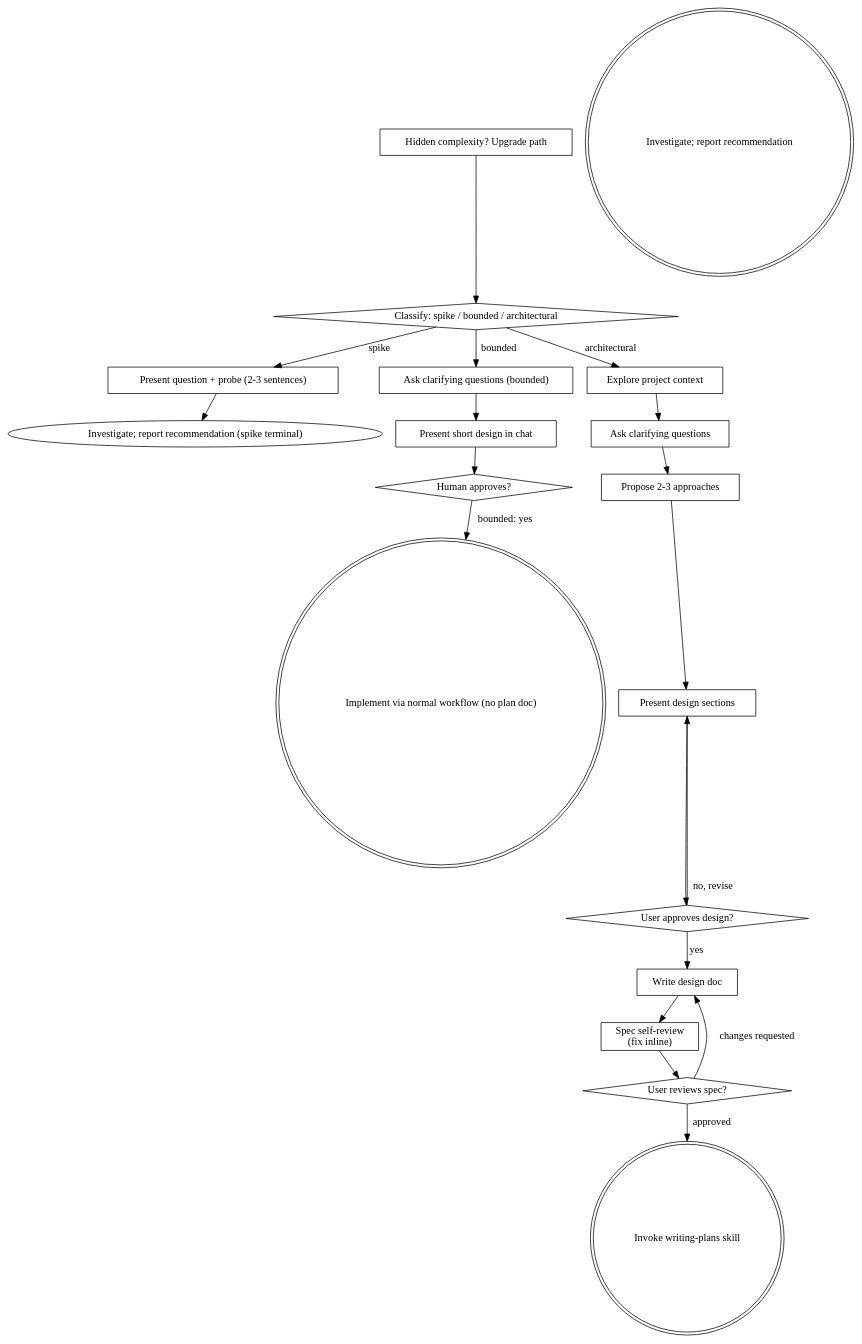
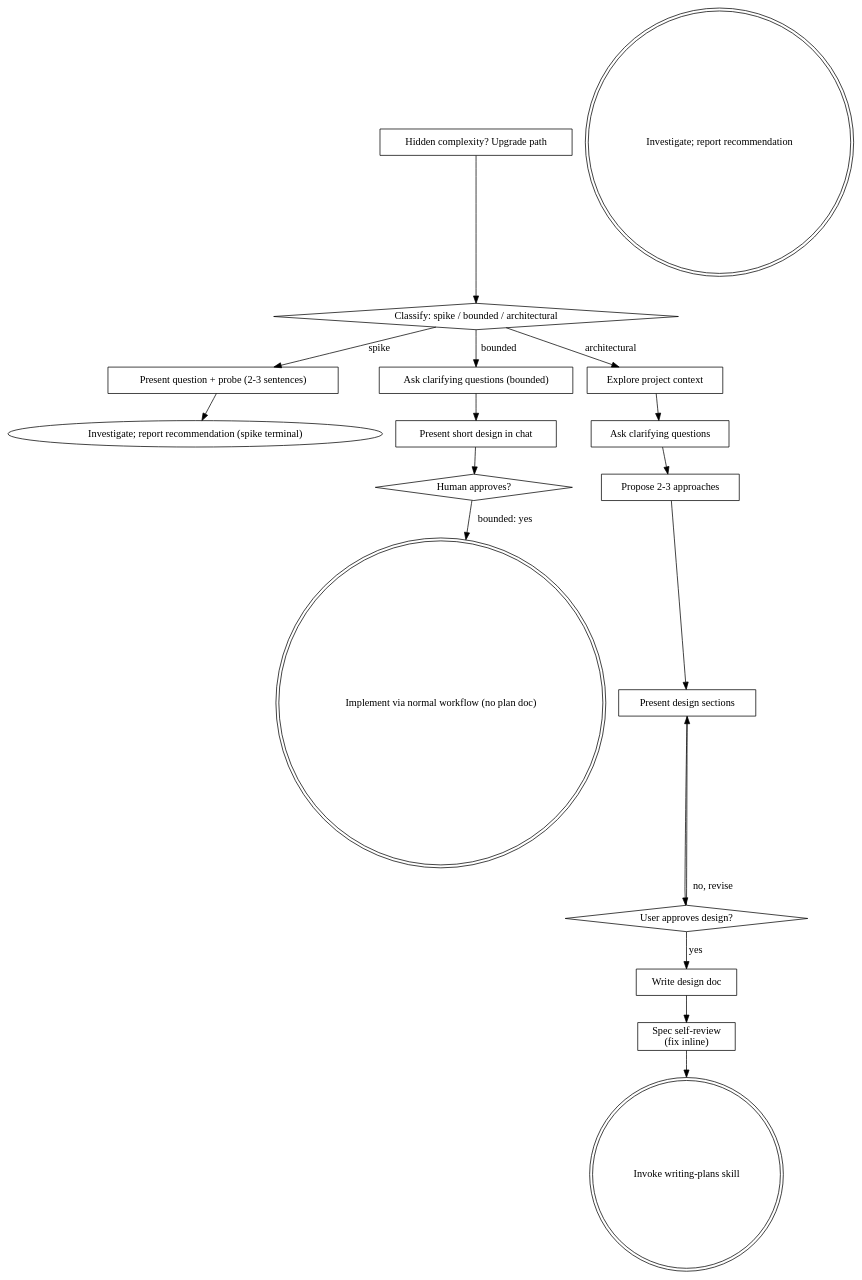
The diagram in skills/brainstorming/SKILL.md (CarlosMonteiroNeto/superpowers-two-model-pipeline), drawn with Graphviz before and after one commit. The commit also changed other lines of this file and 33 other files, not shown here.

````diff
--- a/skills/brainstorming/SKILL.md
+++ b/skills/brainstorming/SKILL.md
@@ -176,40 +183,37 @@
 ```dot
 digraph brainstorming {
     "Classify: spike / bounded / architectural" [shape=diamond];
     "Present question + probe (2-3 sentences)" [shape=box];
     "Ask clarifying questions (bounded)" [shape=box];
     "Present short design in chat" [shape=box];
     "Human approves?" [shape=diamond];
     "Investigate; report recommendation" [shape=doublecircle];
     "Implement via normal workflow (no plan doc)" [shape=doublecircle];
     "Explore project context" [shape=box];
     "Ask clarifying questions" [shape=box];
     "Propose 2-3 approaches" [shape=box];
     "Present design sections" [shape=box];
     "User approves design?" [shape=diamond];
     "Write design doc" [shape=box];
     "Spec self-review\n(fix inline)" [shape=box];
-    "User reviews spec?" [shape=diamond];
     "Invoke writing-plans skill" [shape=doublecircle];
     "Hidden complexity? Upgrade path" [shape=box];
 
     "Classify: spike / bounded / architectural" -> "Present question + probe (2-3 sentences)" [label="spike"];
     "Classify: spike / bounded / architectural" -> "Ask clarifying questions (bounded)" [label="bounded"];
     "Classify: spike / bounded / architectural" -> "Explore project context" [label="architectural"];
     "Present question + probe (2-3 sentences)" -> "Investigate; report recommendation (spike terminal)";
     "Ask clarifying questions (bounded)" -> "Present short design in chat";
     "Present short design in chat" -> "Human approves?";
     "Human approves?" -> "Implement via normal workflow (no plan doc)" [label="bounded: yes"];
     "Hidden complexity? Upgrade path" -> "Classify: spike / bounded / architectural";
     "Explore project context" -> "Ask clarifying questions";
     "Ask clarifying questions" -> "Propose 2-3 approaches";
     "Propose 2-3 approaches" -> "Present design sections";
     "Present design sections" -> "User approves design?";
     "User approves design?" -> "Present design sections" [label="no, revise"];
     "User approves design?" -> "Write design doc" [label="yes"];
     "Write design doc" -> "Spec self-review\n(fix inline)";
-    "Spec self-review\n(fix inline)" -> "User reviews spec?";
-    "User reviews spec?" -> "Write design doc" [label="changes requested"];
-    "User reviews spec?" -> "Invoke writing-plans skill" [label="approved"];
+    "Spec self-review\n(fix inline)" -> "Invoke writing-plans skill";
 }
 ```
````
